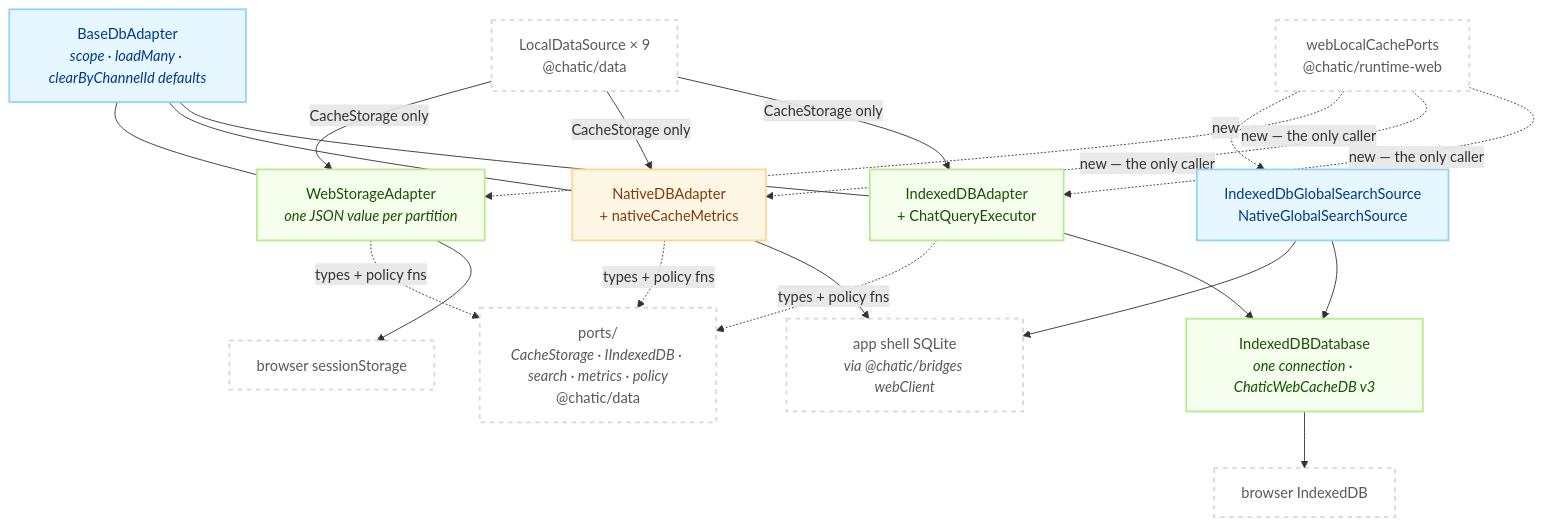
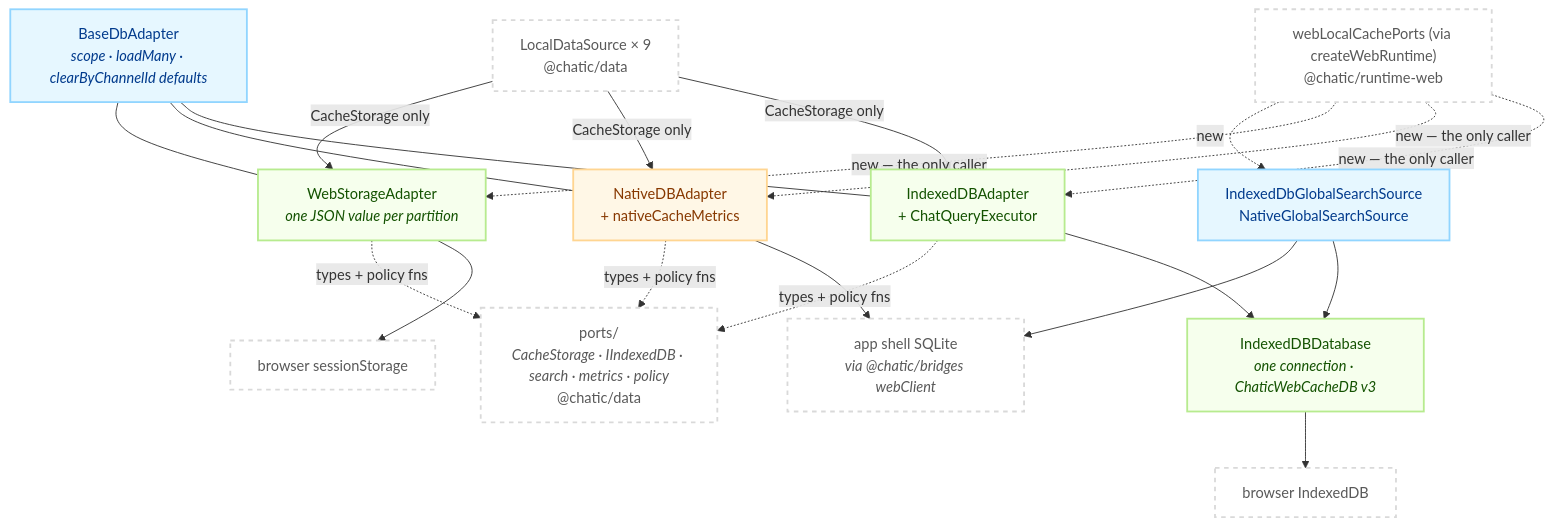
One commit to lemoncloud-io/dou-app changed the first of 2 diagrams in libs/db/README.md. Above: the diagram before and after it, drawn with Mermaid. The commit also changed other lines of this file and 83 other files, not shown here.

First line of the commit message:
refactor(runtime-core,runtime-web,app-runtime): start the react surface from an engine (ADR-0308)

````diff
--- a/libs/db/README.md
+++ b/libs/db/README.md
@@ -83,42 +83,42 @@
 ```mermaid
 flowchart TD
     classDef eng fill:#e6f7ff,stroke:#91d5ff,stroke-width:2px,color:#003a8c;
     classDef web fill:#f6ffed,stroke:#b7eb8f,stroke-width:2px,color:#135200;
     classDef nat fill:#fff7e6,stroke:#ffd591,stroke-width:2px,color:#873800;
     classDef ext fill:#ffffff,stroke:#d9d9d9,stroke-width:2px,color:#595959,stroke-dasharray: 5 5;
 
     DS["LocalDataSource × 9<br/>@chatic/data"]:::ext
-    LF["webLocalCachePorts<br/>@chatic/runtime-web"]:::ext
+    LF["webLocalCachePorts (via createWebRuntime)<br/>@chatic/runtime-web"]:::ext
     Ports["ports/<br/><i>CacheStorage · IIndexedDB · search · metrics · policy</i><br/>@chatic/data"]:::ext
 
     Base["BaseDbAdapter<br/><i>scope · loadMany · clearByChannelId defaults</i>"]:::eng
     IDB["IndexedDBAdapter<br/>+ ChatQueryExecutor"]:::web
     NDB["NativeDBAdapter<br/>+ nativeCacheMetrics"]:::nat
     WSA["WebStorageAdapter<br/><i>one JSON value per partition</i>"]:::web
     Conn["IndexedDBDatabase<br/><i>one connection · ChaticWebCacheDB v3</i>"]:::web
     Search["IndexedDbGlobalSearchSource<br/>NativeGlobalSearchSource"]:::eng
 
     Browser["browser IndexedDB"]:::ext
     Shell["app shell SQLite<br/><i>via @chatic/bridges webClient</i>"]:::ext
     Session["browser sessionStorage"]:::ext
 
     DS -->|"CacheStorage only"| IDB
     DS -->|"CacheStorage only"| NDB
     DS -->|"CacheStorage only"| WSA
     LF -.->|"new — the only caller"| IDB
     LF -.->|"new — the only caller"| NDB
     LF -.->|"new — the only caller"| WSA
     LF -.->|"new"| Search
     Base --- IDB
     Base --- NDB
     Base --- WSA
     WSA --> Session
     IDB --> Conn
     Conn --> Browser
     NDB --> Shell
     Search --> Conn
     Search --> Shell
     IDB -.->|"types + policy fns"| Ports
     NDB -.->|"types + policy fns"| Ports
     WSA -.->|"types + policy fns"| Ports
 ```
````
